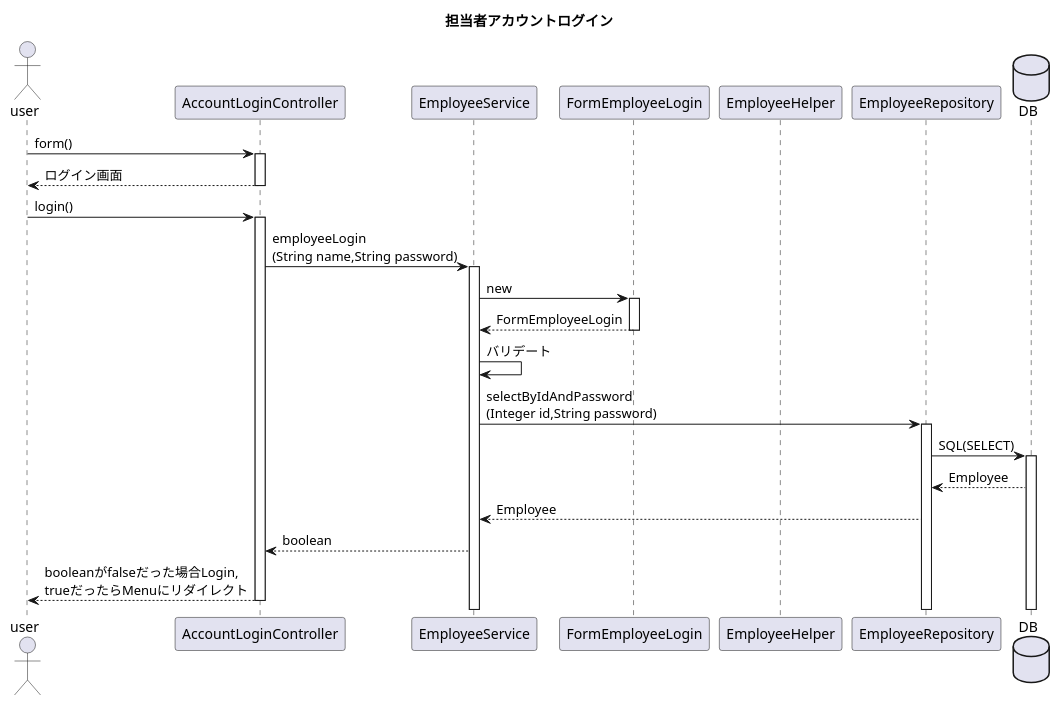
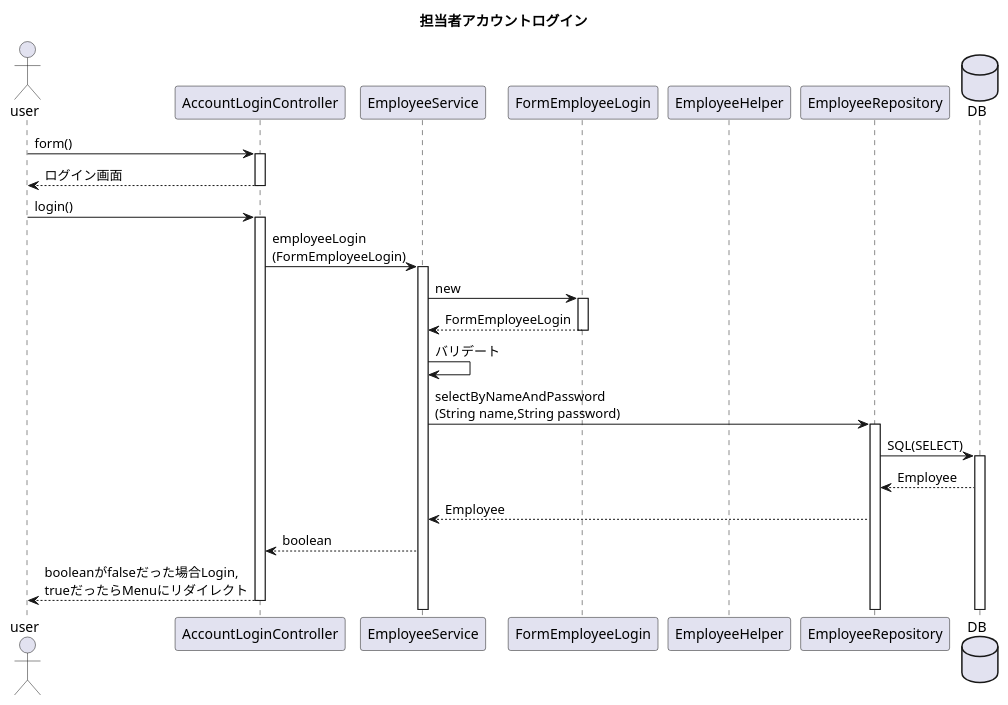
The diagram in plan/uml/sequence/uc017.plantuml (kanavii3333/ec-b), drawn with PlantUML before and after one commit. The commit also changed 17 other files, not shown here.

Commit message:
クラス図修正

```diff
--- a/plan/uml/sequence/uc017.plantuml
+++ b/plan/uml/sequence/uc017.plantuml
@@ -1,25 +1,25 @@
 @startuml
 title 担当者アカウントログイン
 actor user
 participant AccountLoginController as Controller
 participant EmployeeService as Service
 participant FormEmployeeLogin as Form
 participant EmployeeHelper as Helper
 participant EmployeeRepository as Repository
 database DB
 
 user -> Controller++:form()
 user <-- Controller--:ログイン画面
 user -> Controller++:login()
-Controller -> Service++:employeeLogin\n(String name,String password)
+Controller -> Service++:employeeLogin\n(FormEmployeeLogin)
 Service -> Form++:new
 Service <-- Form--:FormEmployeeLogin
 Service -> Service:バリデート
-Service -> Repository++:selectByIdAndPassword\n(Integer id,String password)
+Service -> Repository++:selectByNameAndPassword\n(String name,String password)
 Repository -> DB++:SQL(SELECT)
 Repository <-- DB:Employee
 Service <-- Repository:Employee
 Controller <-- Service:boolean
 user <-- Controller--:booleanがfalseだった場合Login,\ntrueだったらMenuにリダイレクト
 
 @enduml
```
